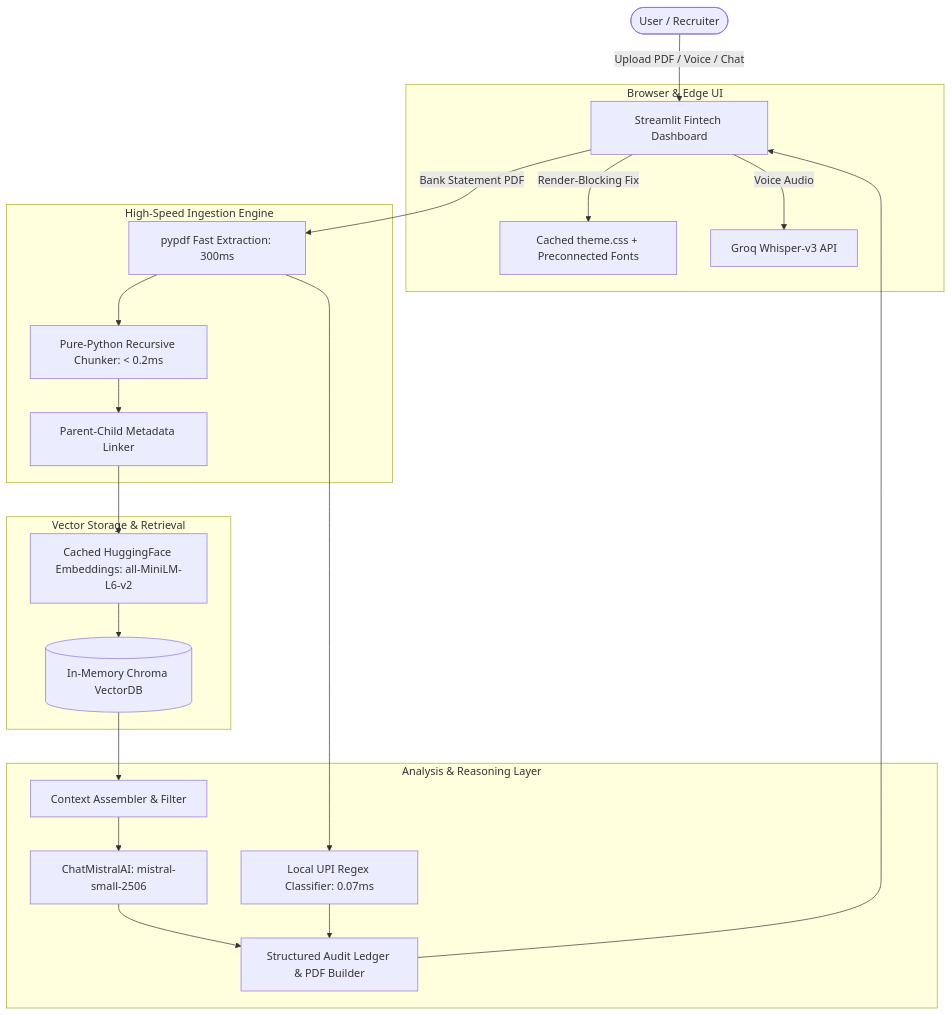
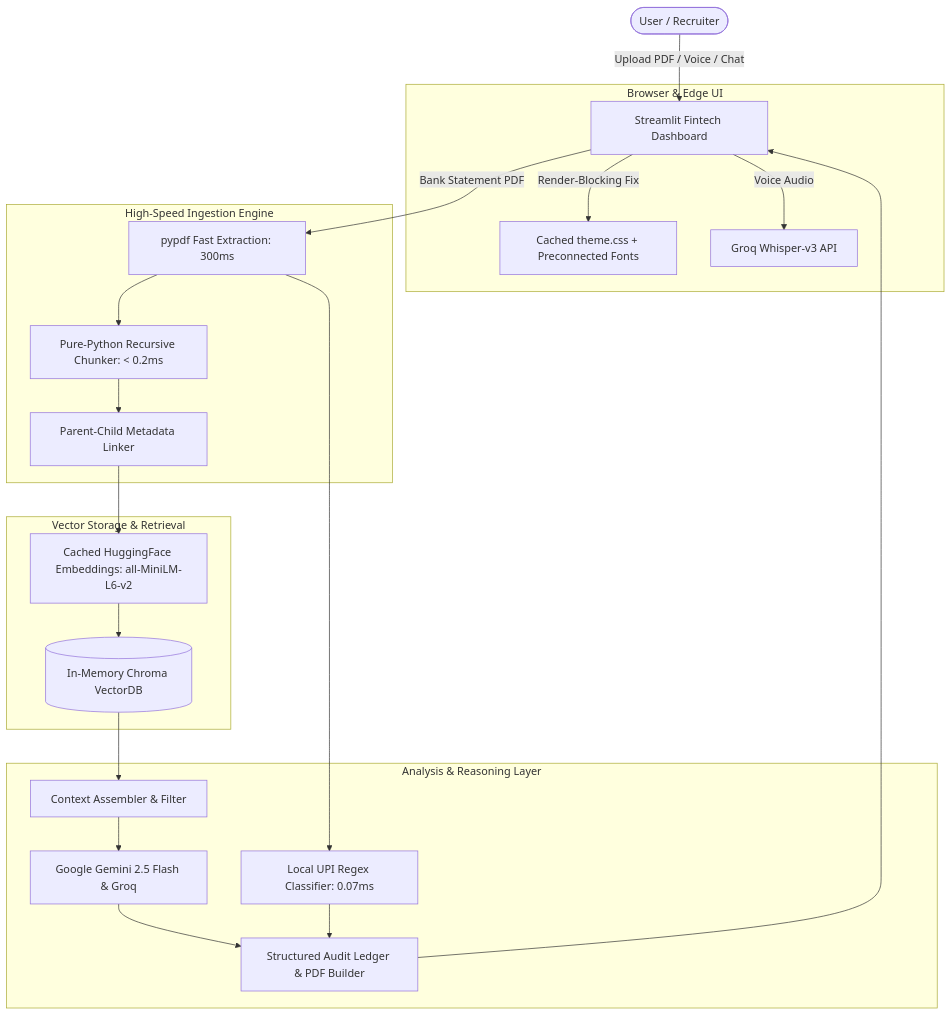
One commit to msamir-17/RAG changed the diagram in Finance_Project/README.md. Above: the diagram before and after it, drawn with Mermaid. The commit also changed other lines of this file and 1 other file, not shown here.

Commit message:
gemini api update instead of mistral

````diff
--- a/Finance_Project/README.md
+++ b/Finance_Project/README.md
@@ -59,30 +59,30 @@
 ```mermaid
 flowchart TD
     User([User / Recruiter]) -->|Upload PDF / Voice / Chat| UI[Streamlit Fintech Dashboard]
     
     subgraph Client [Browser & Edge UI]
         UI -->|Render-Blocking Fix| NonBlockingCSS[Cached theme.css + Preconnected Fonts]
         UI -->|Voice Audio| GroqWhisper[Groq Whisper-v3 API]
     end
 
     subgraph Ingestion [High-Speed Ingestion Engine]
         UI -->|Bank Statement PDF| NativePDF[pypdf Fast Extraction: 300ms]
         NativePDF --> RecursiveSplit[Pure-Python Recursive Chunker: < 0.2ms]
         RecursiveSplit --> ParentChild[Parent-Child Metadata Linker]
     end
 
     subgraph VectorRAG [Vector Storage & Retrieval]
         ParentChild --> HFModel[Cached HuggingFace Embeddings: all-MiniLM-L6-v2]
         HFModel --> ChromaMem[(In-Memory Chroma VectorDB)]
     end
 
     subgraph LLM & Logic [Analysis & Reasoning Layer]
         ChromaMem --> QueryEngine[Context Assembler & Filter]
-        QueryEngine --> MistralLLM[ChatMistralAI: mistral-small-2506]
+        QueryEngine --> GeminiLLM[Google Gemini 2.5 Flash & Groq]
         NativePDF --> UPIEngine[Local UPI Regex Classifier: 0.07ms]
-        MistralLLM --> AuditReport[Structured Audit Ledger & PDF Builder]
+        GeminiLLM --> AuditReport[Structured Audit Ledger & PDF Builder]
         UPIEngine --> AuditReport
     end
 
     AuditReport --> UI
 ```
````
